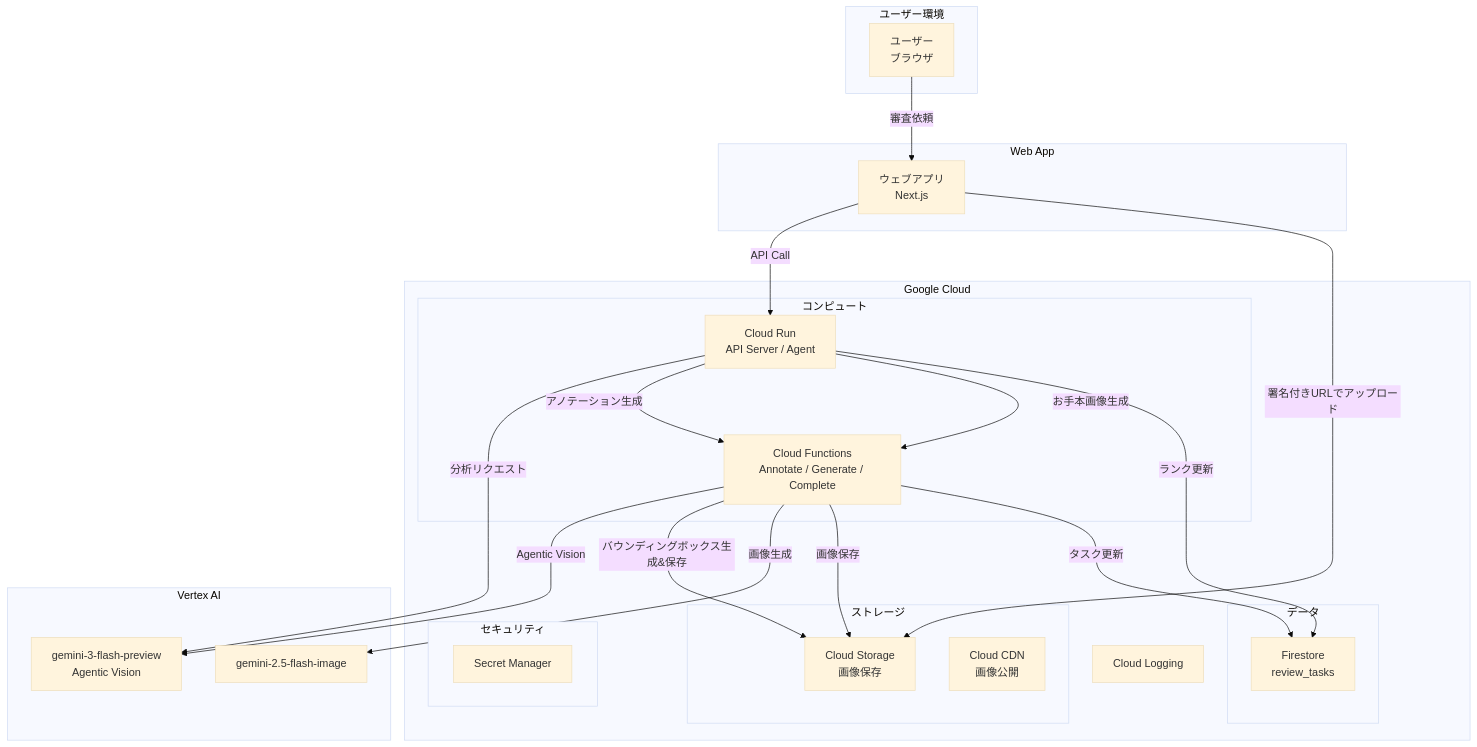
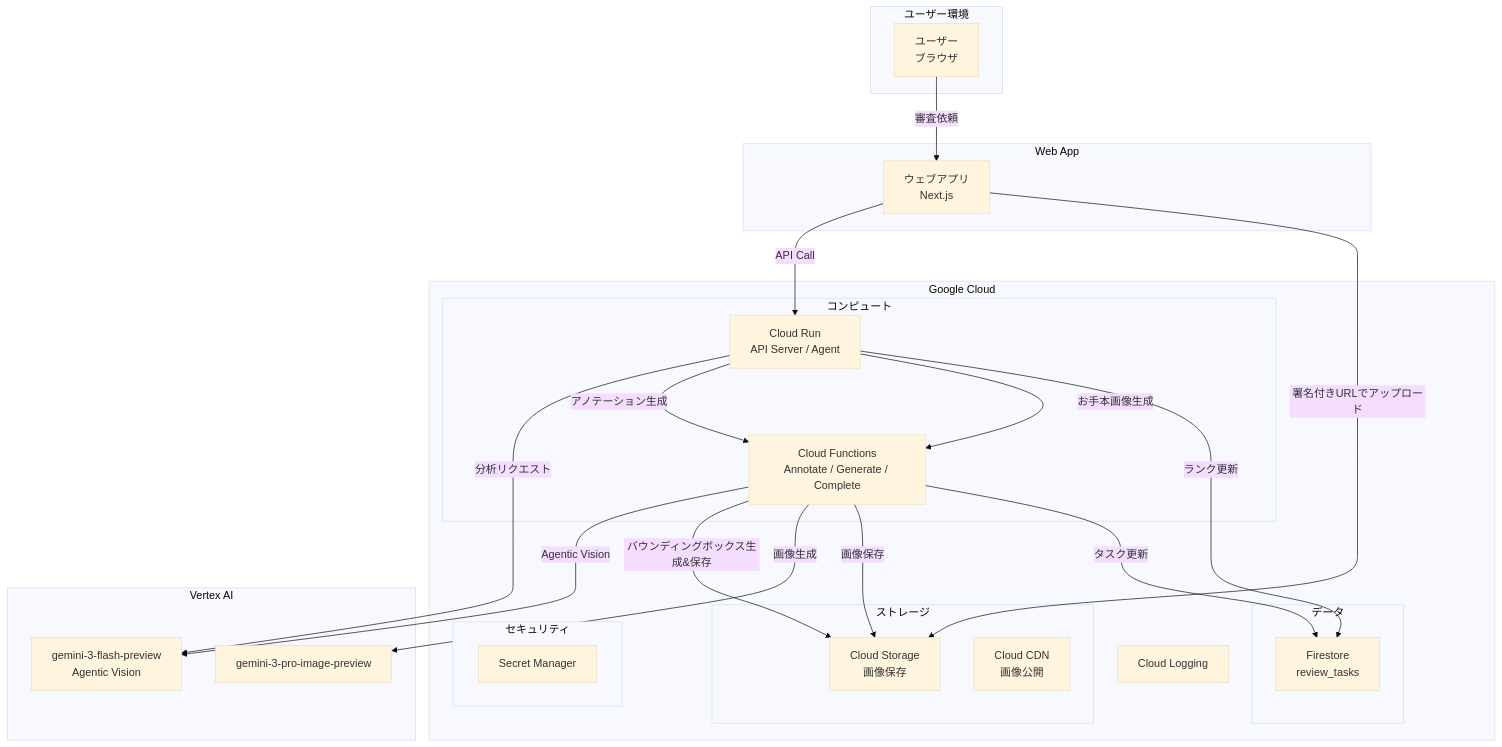
Before and after one commit to nuance-sudo/drawing-practice-agent-gch4: the first of 6 diagrams in docs/functional-design.md, drawn with Mermaid (base theme). The commit also changed other lines of this file and 25 other files, not shown here.

````diff
--- a/docs/functional-design.md
+++ b/docs/functional-design.md
@@ -13,51 +13,51 @@
 ```mermaid
 flowchart TB
     subgraph User["ユーザー環境"]
         A[ユーザー<br/>ブラウザ]
     end
 
     subgraph Web["Web App"]
         B[ウェブアプリ<br/>Next.js]
     end
 
     subgraph GCP["Google Cloud"]
         subgraph Storage["ストレージ"]
             C[Cloud Storage<br/>画像保存]
             D[Cloud CDN<br/>画像公開]
         end
         
         subgraph Compute["コンピュート"]
             F[Cloud Run<br/>API Server / Agent]
             G[Cloud Functions<br/>Annotate / Generate / Complete]
         end
         
         subgraph Data["データ"]
             H[Firestore<br/>review_tasks]
         end
         
         subgraph Security["セキュリティ"]
             I[Secret Manager]
         end
         
         J[Cloud Logging]
     end
 
     subgraph AI["Vertex AI"]
         K[gemini-3-flash-preview<br/>Agentic Vision]
-        L[gemini-2.5-flash-image]
+        L[gemini-3-pro-image-preview]
     end
 
     A -->|審査依頼| B
     B -->|API Call| F
     B -->|署名付きURLでアップロード| C
     F -->|分析リクエスト| K
     F -->|アノテーション生成| G
     G -->|Agentic Vision| K
     G -->|バウンディングボックス生成&保存| C
     F -->|お手本画像生成| G
     G -->|画像生成| L
     G -->|画像保存| C
     G -->|タスク更新| H
     F -->|ランク更新| H
     
 ```
````
